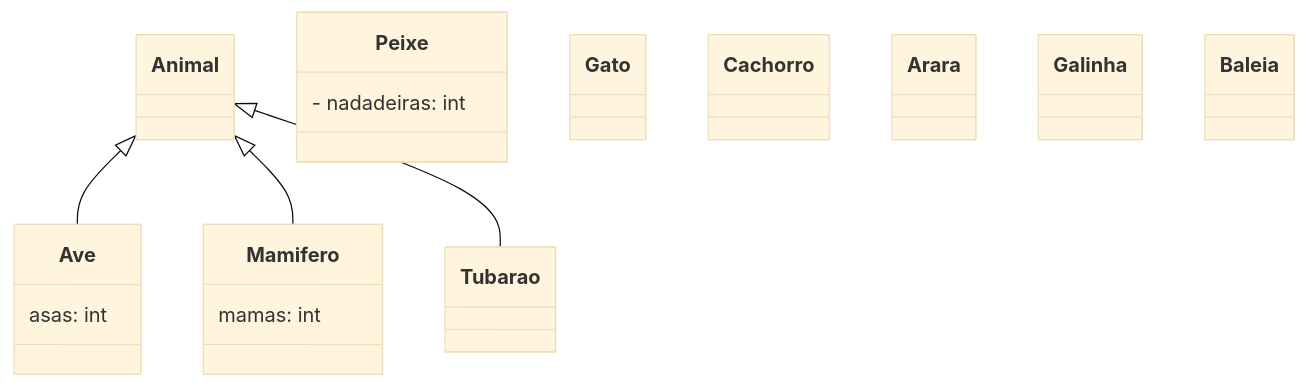
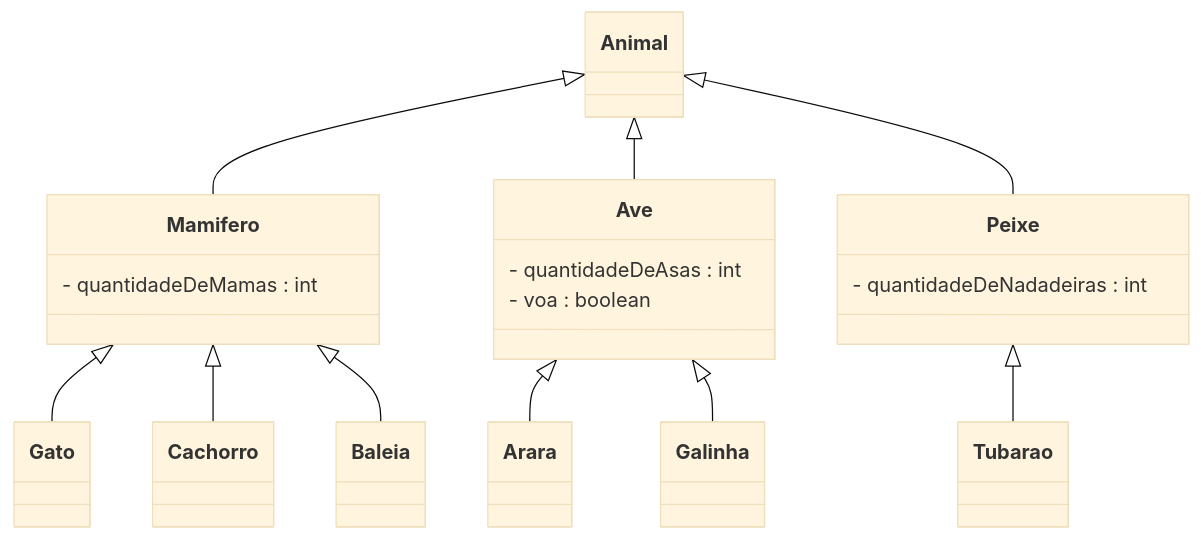
The fifth of 5 diagrams in aula_13/README.md (sfvini/POO), drawn with Mermaid (base theme) before and after one commit. The commit also changed other lines of this file and 2 other files, not shown here.

Commit message:
ajuste de UML

````diff
--- a/aula_13/README.md
+++ b/aula_13/README.md
@@ -88,48 +157,54 @@
 ```mermaid
 classDiagram
 
+    Animal <|-- Mamifero
     Animal <|-- Ave
-    Animal <|-- Mamifero
-    Animal <|-- Tubarao
- 
-    
+    Animal <|-- Peixe
+    Mamifero <|-- Gato
+    Mamifero <|-- Cachorro
+    Mamifero <|-- Baleia
+    Ave <|-- Arara
+    Ave <|-- Galinha
+    Peixe <|-- Tubarao
+
     class Animal {
-        
-    }
-    
-    class Peixe {
-        - nadadeiras: int
-    }
-    
-    class Ave {
-       asas: int 
+
     }
 
     class Mamifero {
-        mamas: int
+        - quantidadeDeMamas : int
+    }
+
+    class Ave {
+        - quantidadeDeAsas : int
+        - voa : boolean
+    }
+
+    class Peixe {
+        - quantidadeDeNadadeiras : int
     }
 
     class Gato {
 
     }
 
     class Cachorro {
 
     }
 
     class Arara {
 
     }
 
     class Galinha {
 
     }
 
     class Baleia {
 
     }
 
     class Tubarao {
 
     }
 ```
````
